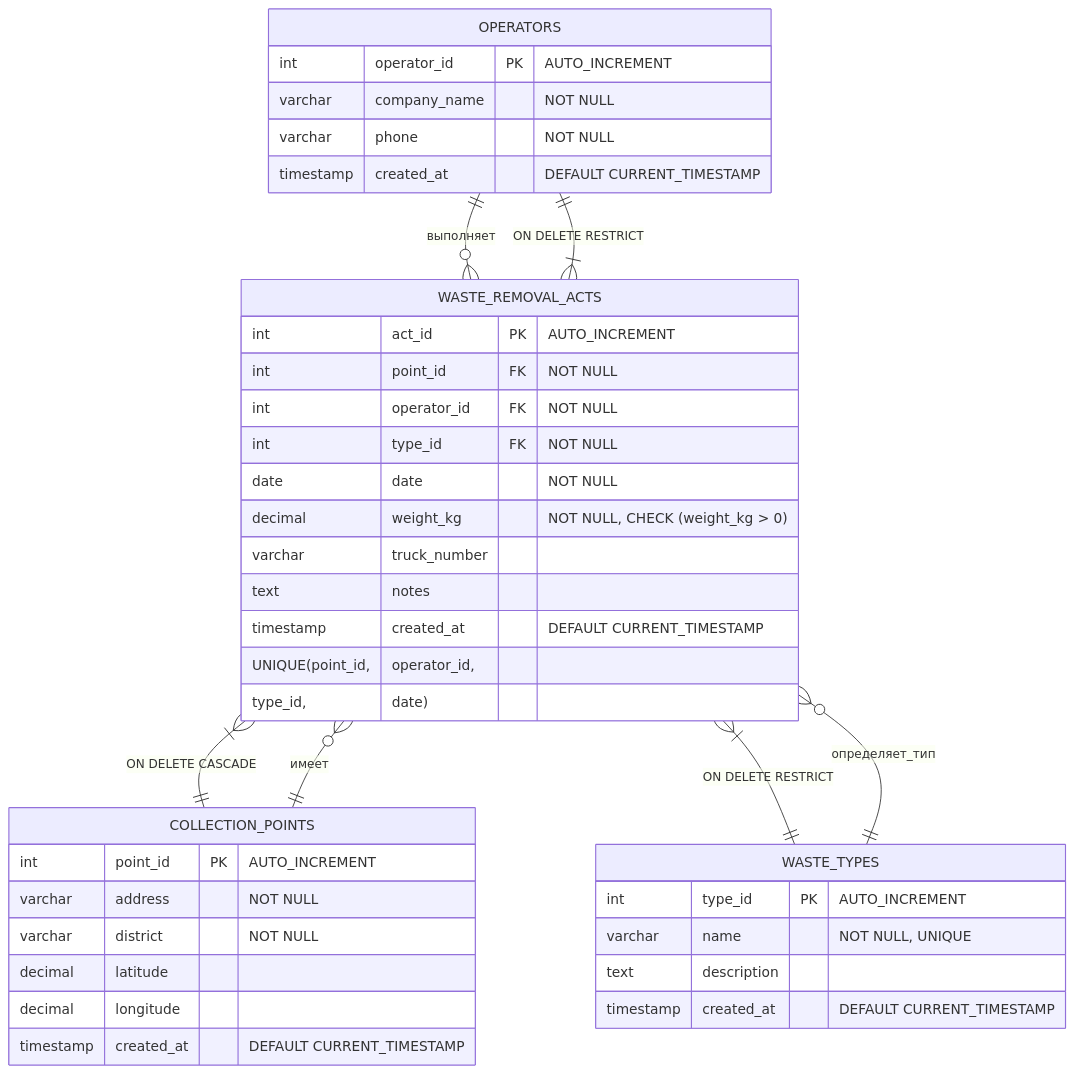
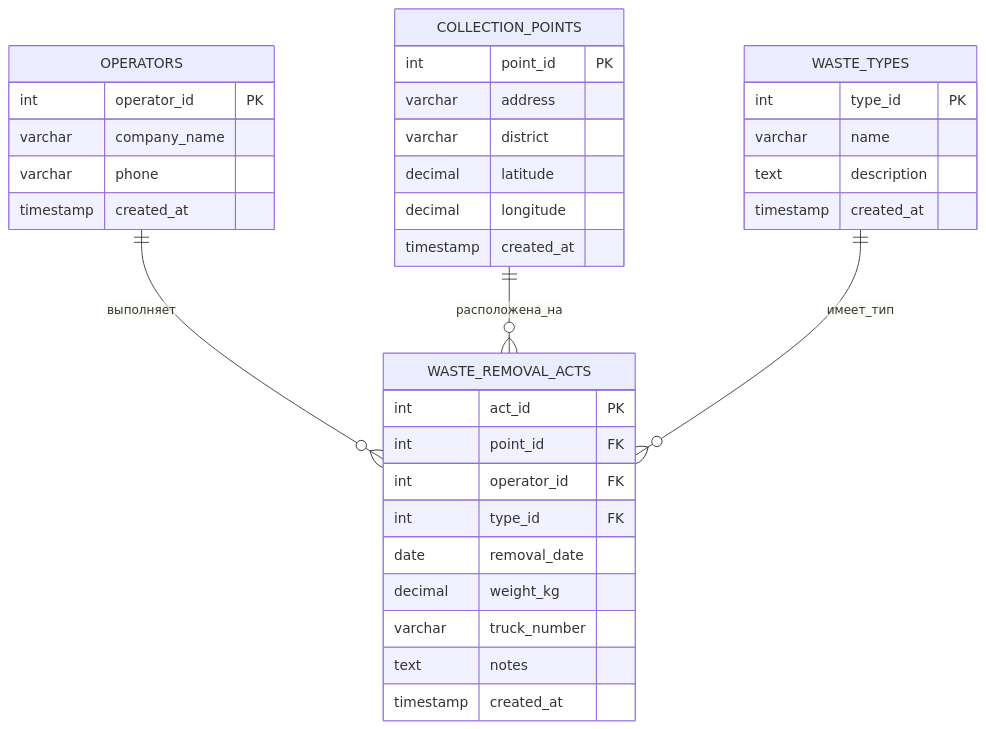
Before and after one commit to Hanfeiter/hanfeiter: the third of 3 diagrams in readme.md, drawn with Mermaid.

````diff
--- a/readme.md
+++ b/readme.md
@@ -477,46 +477,41 @@
 ```mermaid
 erDiagram
     OPERATORS {
-        int operator_id PK "AUTO_INCREMENT"
-        varchar company_name "NOT NULL"
-        varchar phone "NOT NULL"
-        timestamp created_at "DEFAULT CURRENT_TIMESTAMP"
+        int operator_id PK
+        varchar company_name
+        varchar phone
+        timestamp created_at
     }
     
     WASTE_TYPES {
-        int type_id PK "AUTO_INCREMENT"
-        varchar name "NOT NULL, UNIQUE"
+        int type_id PK
+        varchar name
         text description
-        timestamp created_at "DEFAULT CURRENT_TIMESTAMP"
+        timestamp created_at
     }
     
     COLLECTION_POINTS {
-        int point_id PK "AUTO_INCREMENT"
-        varchar address "NOT NULL"
-        varchar district "NOT NULL"
+        int point_id PK
+        varchar address
+        varchar district
         decimal latitude
         decimal longitude
-        timestamp created_at "DEFAULT CURRENT_TIMESTAMP"
+        timestamp created_at
     }
     
     WASTE_REMOVAL_ACTS {
-        int act_id PK "AUTO_INCREMENT"
-        int point_id FK "NOT NULL"
-        int operator_id FK "NOT NULL"
-        int type_id FK "NOT NULL"
-        date date "NOT NULL"
-        decimal weight_kg "NOT NULL, CHECK (weight_kg > 0)"
+        int act_id PK
+        int point_id FK
+        int operator_id FK
+        int type_id FK
+        date removal_date
+        decimal weight_kg
         varchar truck_number
         text notes
-        timestamp created_at "DEFAULT CURRENT_TIMESTAMP"
-        UNIQUE(point_id, operator_id, type_id, date)
+        timestamp created_at
     }
 
     OPERATORS ||--o{ WASTE_REMOVAL_ACTS : "выполняет"
-    COLLECTION_POINTS ||--o{ WASTE_REMOVAL_ACTS : "имеет"
-    WASTE_TYPES ||--o{ WASTE_REMOVAL_ACTS : "определяет_тип"
-    
-    WASTE_REMOVAL_ACTS }|--|| COLLECTION_POINTS : "ON DELETE CASCADE"
-    WASTE_REMOVAL_ACTS }|--|| OPERATORS : "ON DELETE RESTRICT"
-    WASTE_REMOVAL_ACTS }|--|| WASTE_TYPES : "ON DELETE RESTRICT"
+    COLLECTION_POINTS ||--o{ WASTE_REMOVAL_ACTS : "расположена_на"
+    WASTE_TYPES ||--o{ WASTE_REMOVAL_ACTS : "имеет_тип"
 ```
````
